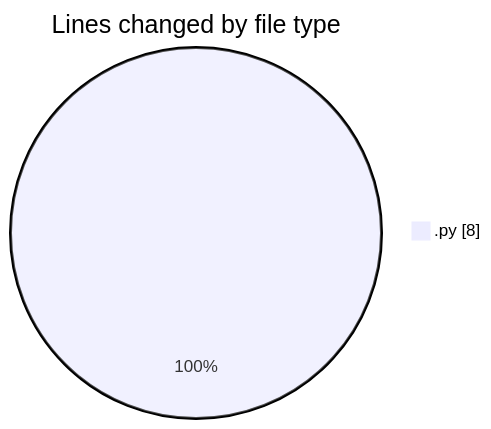
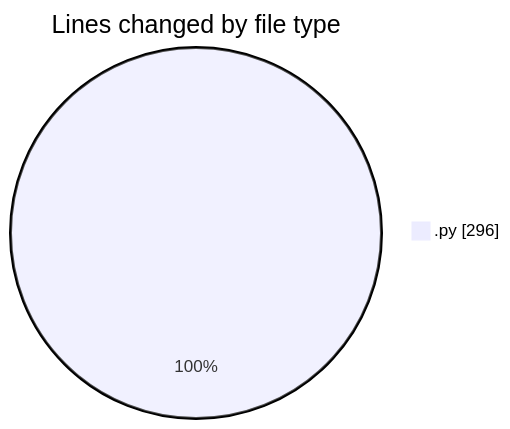
Before and after one commit to momahboobian/code-tracking: the first of 2 diagrams in 2025-02-24/samplepdf/README.md, drawn with Mermaid. The commit also changed other lines of this file and 1 other file, not shown here.

````diff
--- a/2025-02-24/samplepdf/README.md
+++ b/2025-02-24/samplepdf/README.md
@@ -21,5 +23,5 @@
 ```mermaid
 pie showData
 title Lines changed by file type
-".py" : 8
+".py" : 296
 ```
````
